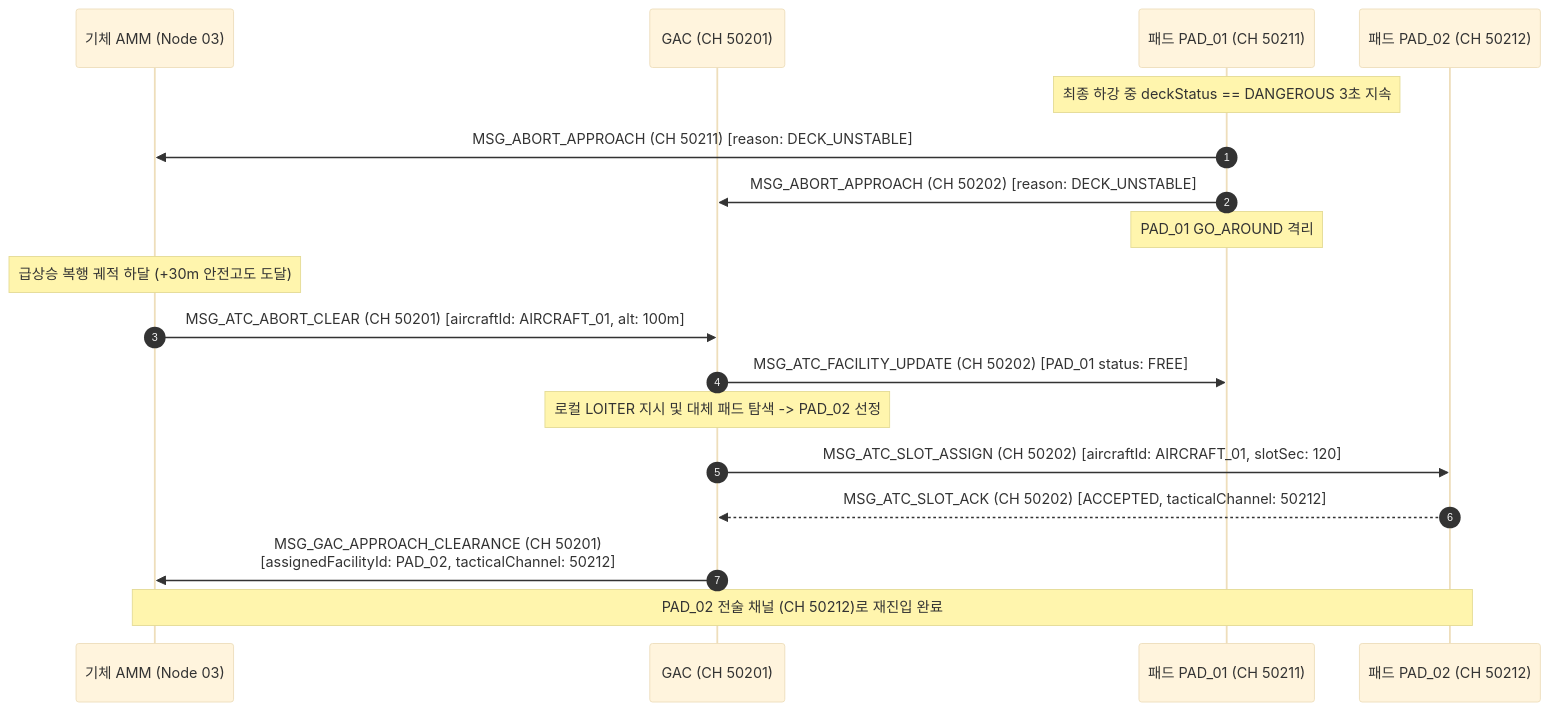
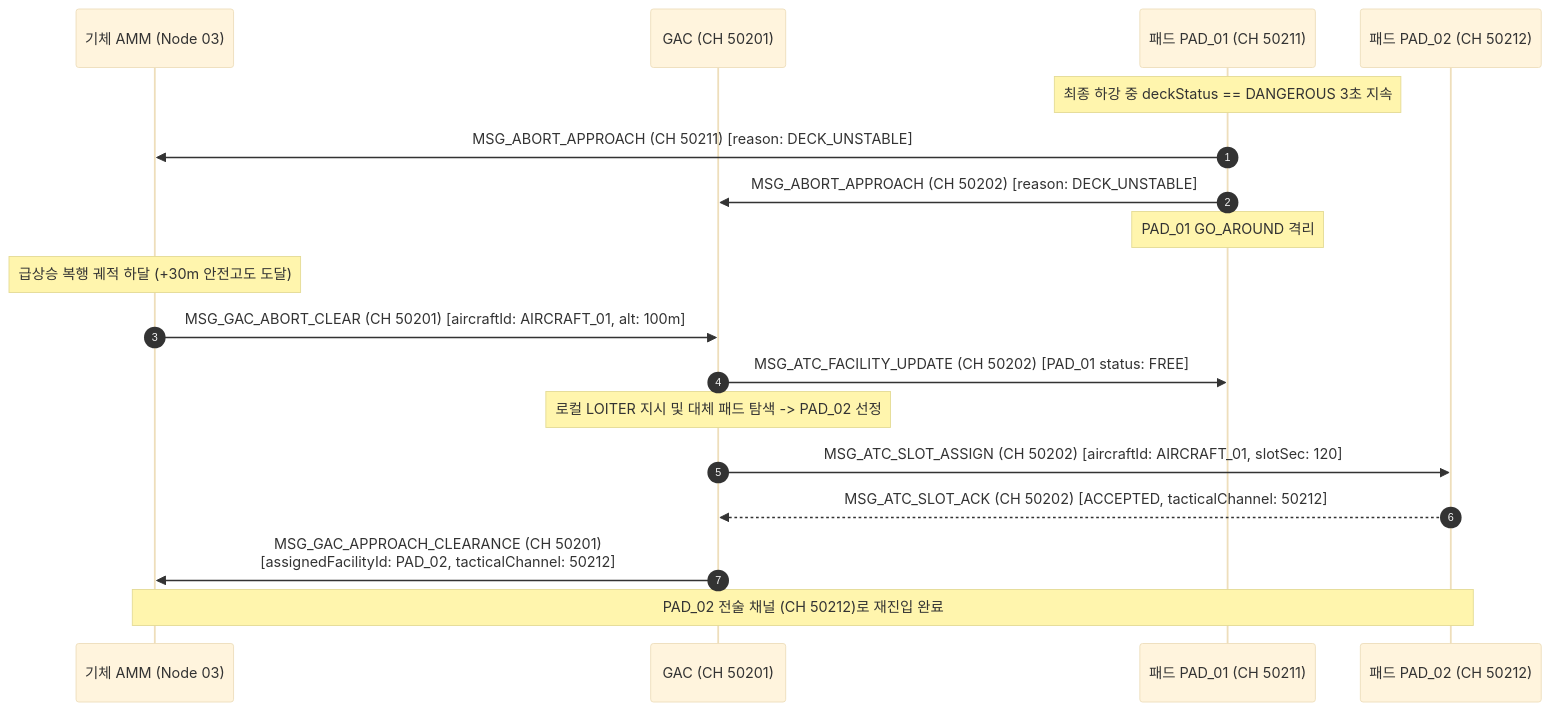
Before and after one commit to Polimachi/Aeroneutics_Autopilot: the fourth of 5 diagrams in docs/specs/0_infra/gac/GAC_PROGRAM_SPECIFICATION_AND_ICD.md, drawn with Mermaid (base theme). The commit also changed other lines of this file and 143 other files, not shown here.

````diff
--- a/docs/specs/0_infra/gac/GAC_PROGRAM_SPECIFICATION_AND_ICD.md
+++ b/docs/specs/0_infra/gac/GAC_PROGRAM_SPECIFICATION_AND_ICD.md
@@ -565,22 +570,22 @@
 ```mermaid
 sequenceDiagram
     autonumber
     participant U as 기체 AMM (Node 03)
     participant G as GAC (CH 50201)
     participant P1 as 패드 PAD_01 (CH 50211)
     participant P2 as 패드 PAD_02 (CH 50212)
 
     Note over P1: 최종 하강 중 deckStatus == DANGEROUS 3초 지속
     P1->>U: MSG_ABORT_APPROACH (CH 50211) [reason: DECK_UNSTABLE]
     P1->>G: MSG_ABORT_APPROACH (CH 50202) [reason: DECK_UNSTABLE]
     Note over P1: PAD_01 GO_AROUND 격리
 
     Note over U: 급상승 복행 궤적 하달 (+30m 안전고도 도달)
-    U->>G: MSG_ATC_ABORT_CLEAR (CH 50201) [aircraftId: AIRCRAFT_01, alt: 100m]
+    U->>G: MSG_GAC_ABORT_CLEAR (CH 50201) [aircraftId: AIRCRAFT_01, alt: 100m]
     G->>P1: MSG_ATC_FACILITY_UPDATE (CH 50202) [PAD_01 status: FREE]
     Note over G: 로컬 LOITER 지시 및 대체 패드 탐색 -> PAD_02 선정
     G->>P2: MSG_ATC_SLOT_ASSIGN (CH 50202) [aircraftId: AIRCRAFT_01, slotSec: 120]
     P2-->>G: MSG_ATC_SLOT_ACK (CH 50202) [ACCEPTED, tacticalChannel: 50212]
     G->>U: MSG_GAC_APPROACH_CLEARANCE (CH 50201)<br/>[assignedFacilityId: PAD_02, tacticalChannel: 50212]
     Note over U,P2: PAD_02 전술 채널 (CH 50212)로 재진입 완료
 ```
````
